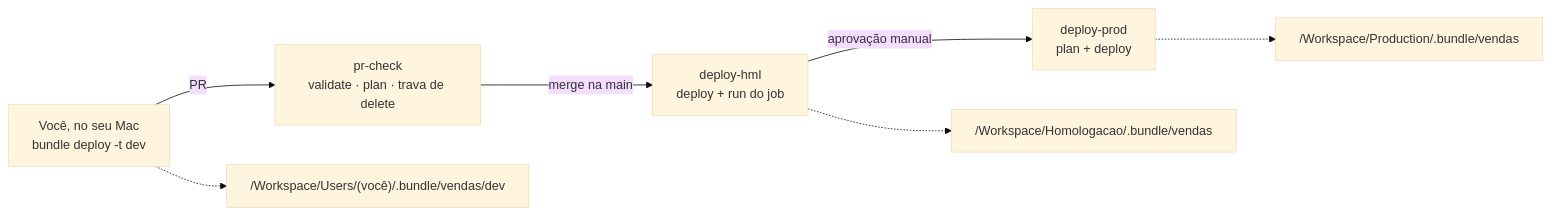
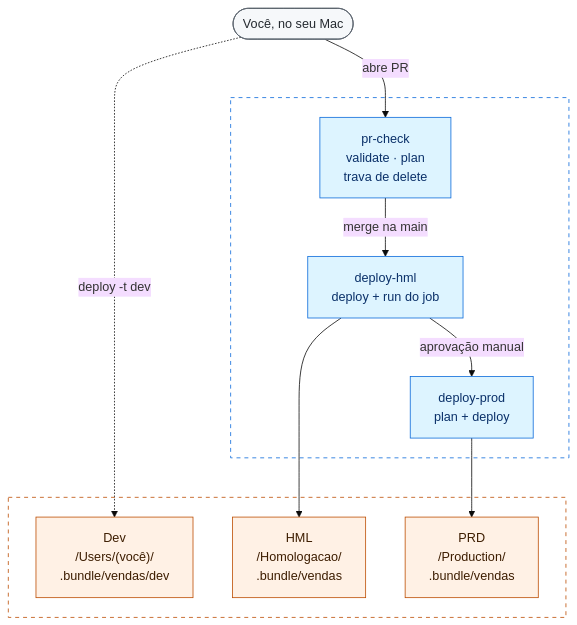
The diagram in README.md (ThomazRossito/dabs-cicd-lab), drawn with Mermaid (base theme) before and after one commit. The commit also changed other lines of this file, not shown here.

Commit message:
docs: diagrama da visão geral mais legível

````diff
--- a/README.md
+++ b/README.md
@@ -33,10 +33,32 @@
 ```mermaid
-flowchart LR
-    dev["Você, no seu Mac<br/>bundle deploy -t dev"] -->|PR| check["pr-check<br/>validate · plan · trava de delete"]
-    check -->|merge na main| hml["deploy-hml<br/>deploy + run do job"]
-    hml -->|aprovação manual| prd["deploy-prod<br/>plan + deploy"]
+flowchart TB
+    voce(["Você, no seu Mac"])
 
-    dev -.-> wsdev["/Workspace/Users/(você)/.bundle/vendas/dev"]
-    hml -.-> wshml["/Workspace/Homologacao/.bundle/vendas"]
-    prd -.-> wsprd["/Workspace/Production/.bundle/vendas"]
+    subgraph GH[" "]
+        check["pr-check<br/>validate · plan<br/>trava de delete"]
+        hml["deploy-hml<br/>deploy + run do job"]
+        prd["deploy-prod<br/>plan + deploy"]
+        check -->|merge na main| hml
+        hml -->|aprovação manual| prd
+    end
+
+    subgraph DB[" "]
+        wsdev["Dev<br/>/Users/(você)/<br/>.bundle/vendas/dev"]
+        wshml["HML<br/>/Homologacao/<br/>.bundle/vendas"]
+        wsprd["PRD<br/>/Production/<br/>.bundle/vendas"]
+    end
+
+    voce -->|abre PR| check
+    voce -.->|deploy -t dev| wsdev
+    hml --> wshml
+    prd --> wsprd
+
+    classDef pessoa fill:#f6f8fa,stroke:#57606a,color:#24292f
+    classDef gh fill:#ddf4ff,stroke:#0969da,color:#0a3069
+    classDef db fill:#fff1e5,stroke:#bc4c00,color:#3d1d00
+    class voce pessoa
+    class check,hml,prd gh
+    class wsdev,wshml,wsprd db
+    style GH fill:transparent,stroke:#0969da,stroke-dasharray:5 5
+    style DB fill:transparent,stroke:#bc4c00,stroke-dasharray:5 5
 ```
````
